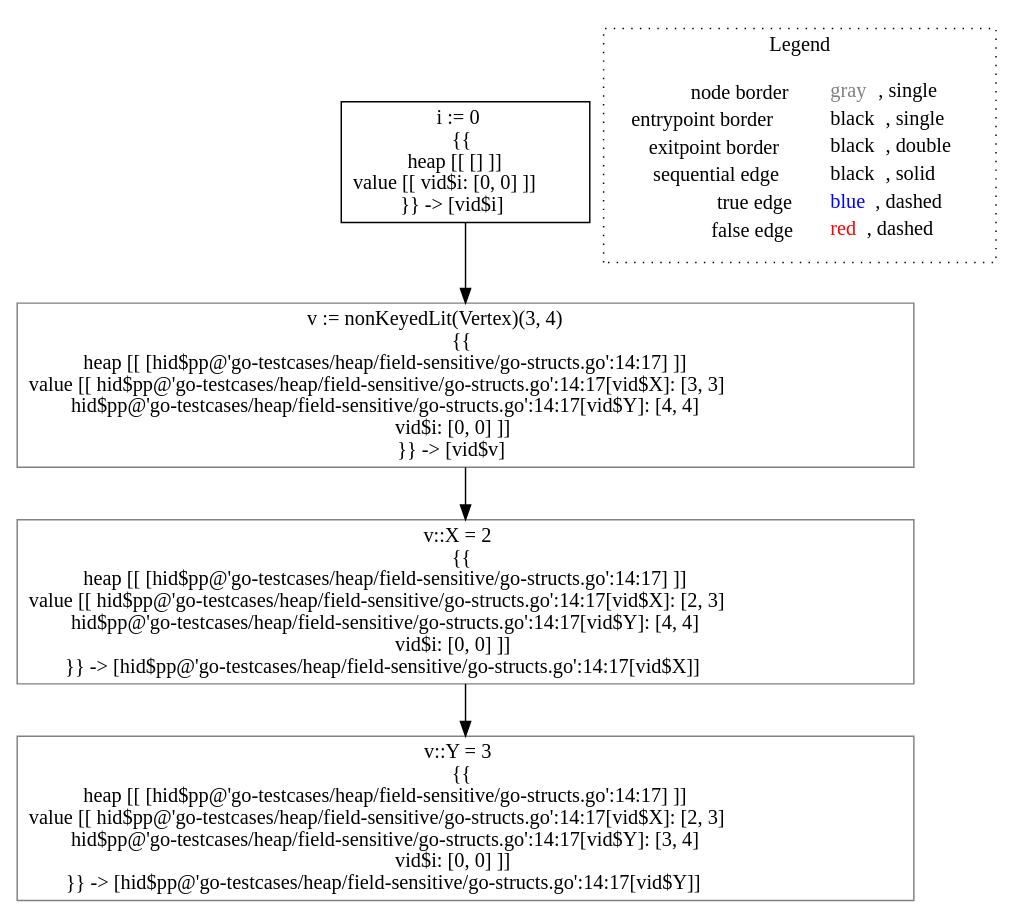
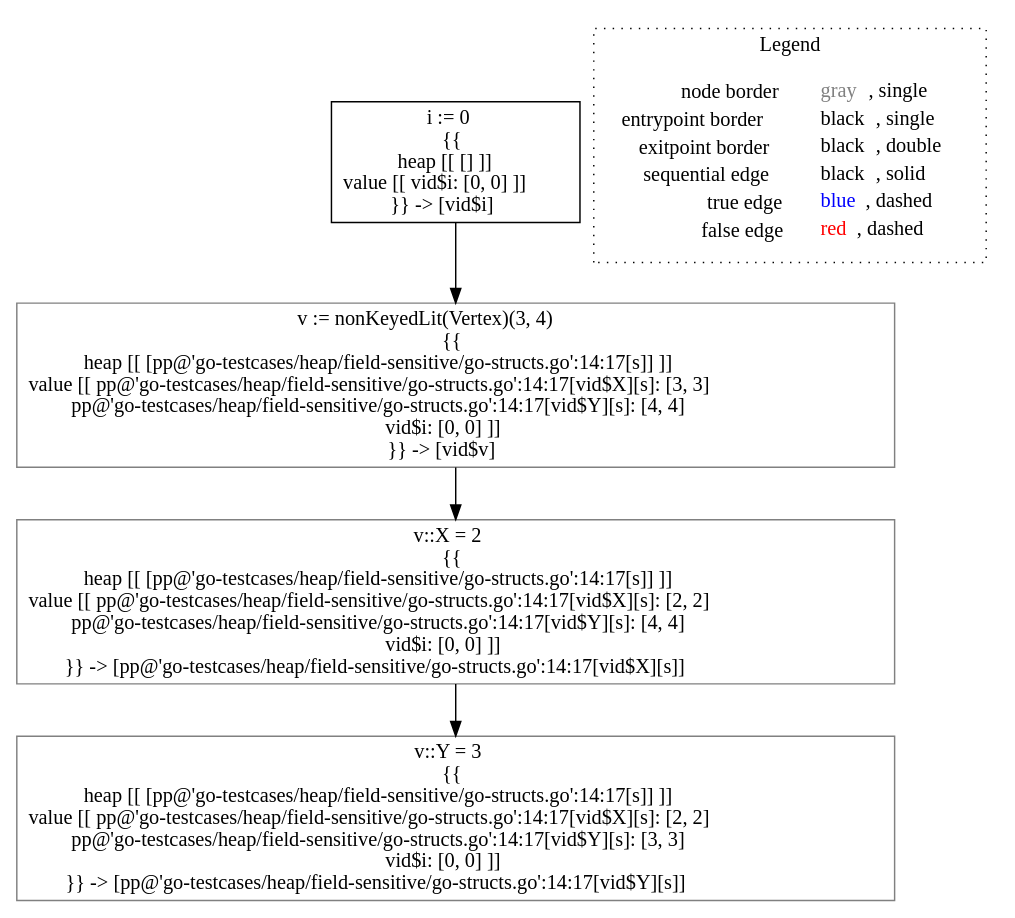
The diagram in go-lisa/go-testcases/heap/field-sensitive/analysis___untyped_~LiSAProgram.main().dot (lisa-analyzer/go-lisa), drawn with Graphviz before and after one commit. The commit also changed 14 other files, not shown here.

```diff
--- a/go-lisa/go-testcases/heap/field-sensitive/analysis___untyped_~LiSAProgram.main().dot
+++ b/go-lisa/go-testcases/heap/field-sensitive/analysis___untyped_~LiSAProgram.main().dot
@@ -1,16 +1,16 @@
 digraph {
 	"node0" [shape="rect",color="black",label=<i := 0<BR/>{{<BR/>heap [[ [] ]]<BR/>value [[ vid$i: [0, 0] ]]<BR/>}} -&gt; [vid$i]>];
-	"node1" [shape="rect",color="gray",label=<v := nonKeyedLit(Vertex)(3, 4)<BR/>{{<BR/>heap [[ [hid$pp@'go-testcases/heap/field-sensitive/go-structs.go':14:17] ]]<BR/>value [[ hid$pp@'go-testcases/heap/field-sensitive/go-structs.go':14:17[vid$X]: [3, 3]<BR/>hid$pp@'go-testcases/heap/field-sensitive/go-structs.go':14:17[vid$Y]: [4, 4]<BR/>vid$i: [0, 0] ]]<BR/>}} -&gt; [vid$v]>];
-	"node2" [shape="rect",color="gray",label=<v::Y = 3<BR/>{{<BR/>heap [[ [hid$pp@'go-testcases/heap/field-sensitive/go-structs.go':14:17] ]]<BR/>value [[ hid$pp@'go-testcases/heap/field-sensitive/go-structs.go':14:17[vid$X]: [2, 3]<BR/>hid$pp@'go-testcases/heap/field-sensitive/go-structs.go':14:17[vid$Y]: [3, 4]<BR/>vid$i: [0, 0] ]]<BR/>}} -&gt; [hid$pp@'go-testcases/heap/field-sensitive/go-structs.go':14:17[vid$Y]]>];
-	"node3" [shape="rect",color="gray",label=<v::X = 2<BR/>{{<BR/>heap [[ [hid$pp@'go-testcases/heap/field-sensitive/go-structs.go':14:17] ]]<BR/>value [[ hid$pp@'go-testcases/heap/field-sensitive/go-structs.go':14:17[vid$X]: [2, 3]<BR/>hid$pp@'go-testcases/heap/field-sensitive/go-structs.go':14:17[vid$Y]: [4, 4]<BR/>vid$i: [0, 0] ]]<BR/>}} -&gt; [hid$pp@'go-testcases/heap/field-sensitive/go-structs.go':14:17[vid$X]]>];
-	"node1" -> "node3" [color="black"];
-	"node3" -> "node2" [color="black"];
-	"node0" -> "node1" [color="black"];
+	"node1" [shape="rect",color="gray",label=<v::Y = 3<BR/>{{<BR/>heap [[ [pp@'go-testcases/heap/field-sensitive/go-structs.go':14:17[s]] ]]<BR/>value [[ pp@'go-testcases/heap/field-sensitive/go-structs.go':14:17[vid$X][s]: [2, 2]<BR/>pp@'go-testcases/heap/field-sensitive/go-structs.go':14:17[vid$Y][s]: [3, 3]<BR/>vid$i: [0, 0] ]]<BR/>}} -&gt; [pp@'go-testcases/heap/field-sensitive/go-structs.go':14:17[vid$Y][s]]>];
+	"node2" [shape="rect",color="gray",label=<v := nonKeyedLit(Vertex)(3, 4)<BR/>{{<BR/>heap [[ [pp@'go-testcases/heap/field-sensitive/go-structs.go':14:17[s]] ]]<BR/>value [[ pp@'go-testcases/heap/field-sensitive/go-structs.go':14:17[vid$X][s]: [3, 3]<BR/>pp@'go-testcases/heap/field-sensitive/go-structs.go':14:17[vid$Y][s]: [4, 4]<BR/>vid$i: [0, 0] ]]<BR/>}} -&gt; [vid$v]>];
+	"node3" [shape="rect",color="gray",label=<v::X = 2<BR/>{{<BR/>heap [[ [pp@'go-testcases/heap/field-sensitive/go-structs.go':14:17[s]] ]]<BR/>value [[ pp@'go-testcases/heap/field-sensitive/go-structs.go':14:17[vid$X][s]: [2, 2]<BR/>pp@'go-testcases/heap/field-sensitive/go-structs.go':14:17[vid$Y][s]: [4, 4]<BR/>vid$i: [0, 0] ]]<BR/>}} -&gt; [pp@'go-testcases/heap/field-sensitive/go-structs.go':14:17[vid$X][s]]>];
+	"node0" -> "node2" [color="black"];
+	"node2" -> "node3" [color="black"];
+	"node3" -> "node1" [color="black"];
 subgraph cluster_legend {
 	label="Legend";
 	style=dotted;
 	node [shape=plaintext];
 	"legend" [label=<<table border="0" cellpadding="2" cellspacing="0" cellborder="0"><tr><td align="right">node border&nbsp;</td><td align="left"><font color="gray">gray</font>, single</td></tr><tr><td align="right">entrypoint border&nbsp;</td><td align="left"><font color="black">black</font>, single</td></tr><tr><td align="right">exitpoint border&nbsp;</td><td align="left"><font color="black">black</font>, double</td></tr><tr><td align="right">sequential edge&nbsp;</td><td align="left"><font color="black">black</font>, solid</td></tr><tr><td align="right">true edge&nbsp;</td><td align="left"><font color="blue">blue</font>, dashed</td></tr><tr><td align="right">false edge&nbsp;</td><td align="left"><font color="red">red</font>, dashed</td></tr></table>>];
 }
 
 }
```
